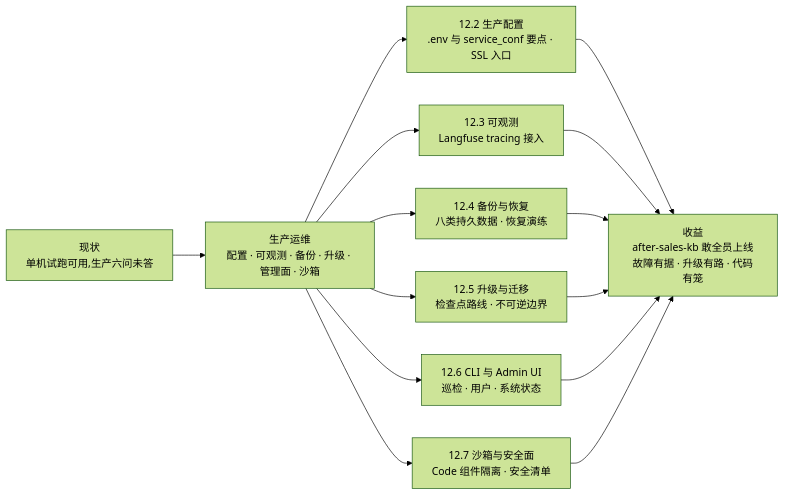
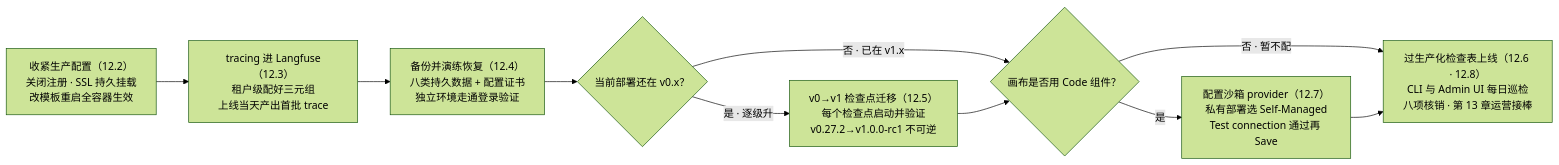
One commit to ybak/ai-tutorial changed the first of 2 diagrams in books/ragflow/chapters/12-operations.md. Above: the diagram before and after it, drawn with Mermaid (forest theme). The commit also changed other lines of this file and 12 other files, not shown here.

First line of the commit message:
docs(ragflow): 章首图升级为操作流程图——第 3 章试点后全书推广,写作指南双图式修订

````diff
--- a/books/ragflow/chapters/12-operations.md
+++ b/books/ragflow/chapters/12-operations.md
@@ -11,16 +11,12 @@
 ```mermaid
 flowchart LR
-    A["现状<br/>单机试跑可用,生产六问未答"] --> B["生产运维<br/>配置 · 可观测 · 备份 · 升级 · 管理面 · 沙箱"]
-    B --> C["12.2 生产配置<br/>.env 与 service_conf 要点 · SSL 入口"]
-    B --> D["12.3 可观测<br/>Langfuse tracing 接入"]
-    B --> E["12.4 备份与恢复<br/>八类持久数据 · 恢复演练"]
-    B --> F["12.5 升级与迁移<br/>检查点路线 · 不可逆边界"]
-    B --> G["12.6 CLI 与 Admin UI<br/>巡检 · 用户 · 系统状态"]
-    B --> H["12.7 沙箱与安全面<br/>Code 组件隔离 · 安全清单"]
-    C --> I["收益<br/>after-sales-kb 敢全员上线<br/>故障有据 · 升级有路 · 代码有笼"]
-    D --> I
-    E --> I
-    F --> I
-    G --> I
-    H --> I
+    A["收紧生产配置（12.2）<br/>关闭注册 · SSL 持久挂载<br/>改模板重启全容器生效"] --> B["tracing 进 Langfuse（12.3）<br/>租户级配好三元组<br/>上线当天产出首批 trace"]
+    B --> C["备份并演练恢复（12.4）<br/>八类持久数据 + 配置证书<br/>独立环境走通登录验证"]
+    C --> D{"当前部署还在 v0.x？"}
+    D -->|"是 · 逐级升"| E["v0→v1 检查点迁移（12.5）<br/>每个检查点启动并验证<br/>v0.27.2→v1.0.0-rc1 不可逆"]
+    D -->|"否 · 已在 v1.x"| F{"画布是否用 Code 组件？"}
+    E --> F
+    F -->|"是"| G["配置沙箱 provider（12.7）<br/>私有部署选 Self-Managed<br/>Test connection 通过再 Save"]
+    F -->|"否 · 暂不配"| H["过生产化检查表上线（12.6 · 12.8）<br/>CLI 与 Admin UI 每日巡检<br/>八项核销 · 第 13 章运营接棒"]
+    G --> H
 ```
````
